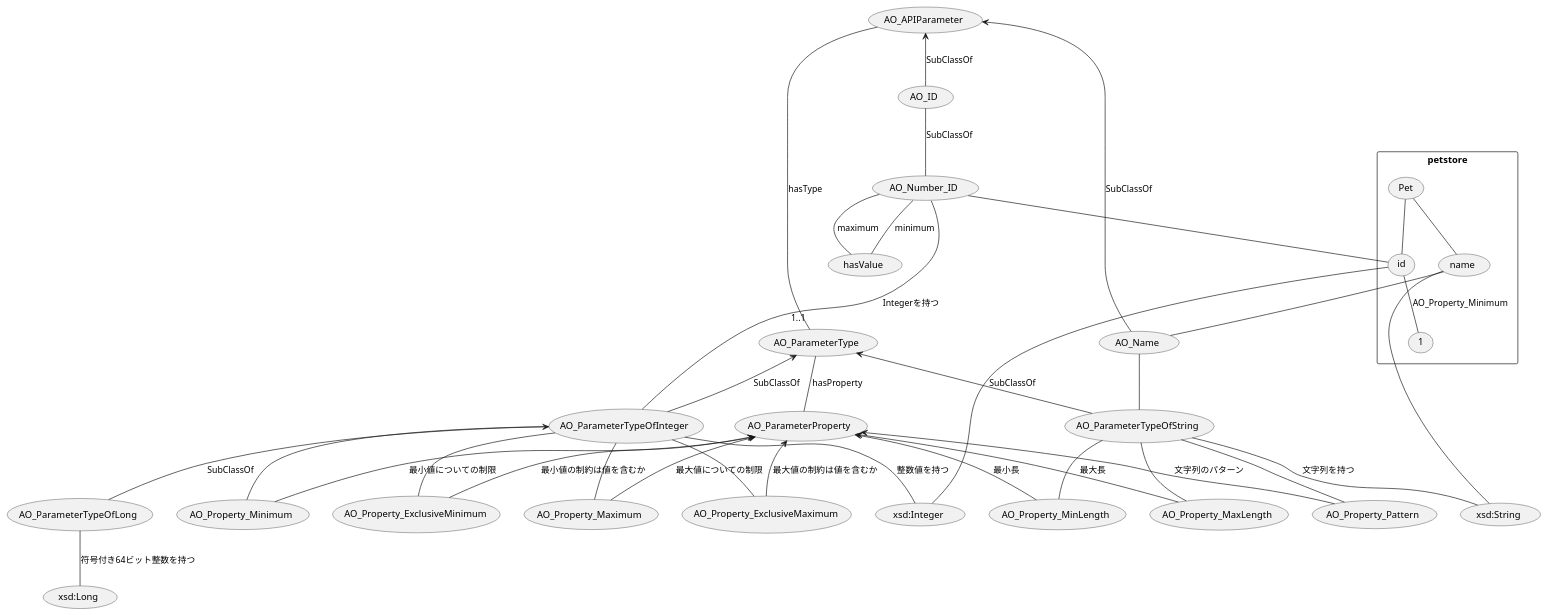
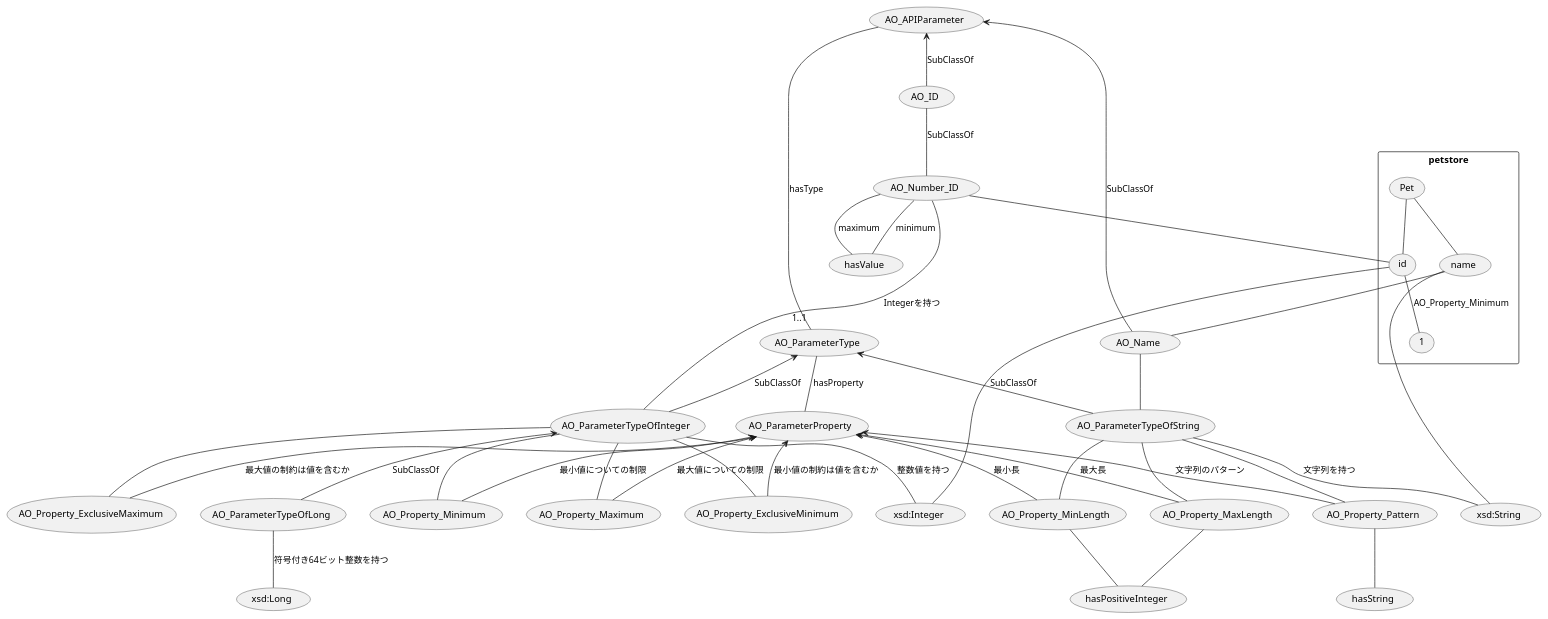
One commit to beli68/ontologies changed the diagram in sandbox/petstore.puml. Above: the diagram before and after it, drawn with PlantUML. The commit also changed 1 other file, not shown here.

```diff
--- a/sandbox/petstore.puml
+++ b/sandbox/petstore.puml
@@ -1,129 +1,133 @@
 @startuml Petstore API
 (AO_APIParameter) as AO_APIParameter
 (AO_ParameterType) as AO_ParameterType
 (AO_ParameterProperty) as AO_ParameterProperty
 
 
 ' パラメータの型について
 AO_APIParameter -- "1..1" (AO_ParameterType) : hasType
 (AO_ParameterType) <-- (AO_ParameterTypeOfInteger) : SubClassOf
 (AO_ParameterTypeOfInteger) -- (xsd:Integer) : 整数値を持つ
 (AO_ParameterTypeOfInteger) <-- (AO_ParameterTypeOfLong) : SubClassOf
 (AO_ParameterTypeOfLong) -- (xsd:Long) : 符号付き64ビット整数を持つ
 (AO_ParameterType) <-- (AO_ParameterTypeOfString) : SubClassOf
 (AO_ParameterTypeOfString) -- (xsd:String) : 文字列を持つ
 
 ' パラメータが持つ制約
 
 AO_ParameterType -- AO_ParameterProperty : hasProperty
 AO_ParameterProperty <-- (AO_Property_Maximum): 最大値についての制限
 AO_ParameterProperty <-- (AO_Property_Minimum): 最小値についての制限
 AO_ParameterProperty <-- (AO_Property_ExclusiveMaximum): 最大値の制約は値を含むか
 AO_ParameterProperty <-- (AO_Property_ExclusiveMinimum): 最小値の制約は値を含むか
 AO_ParameterProperty <-- (AO_Property_MaxLength) : 最大長
 AO_ParameterProperty <-- (AO_Property_MinLength) : 最小長
 AO_ParameterProperty <-- (AO_Property_Pattern) : 文字列のパターン
 
 (AO_ParameterTypeOfInteger) -- (AO_Property_Maximum)
 (AO_ParameterTypeOfInteger) -- (AO_Property_Minimum)
 (AO_ParameterTypeOfInteger) -- (AO_Property_ExclusiveMaximum)
 (AO_ParameterTypeOfInteger) -- (AO_Property_ExclusiveMinimum)
 
 (AO_ParameterTypeOfString) -- (AO_Property_Pattern)
 (AO_ParameterTypeOfString) -- (AO_Property_MaxLength)
 (AO_ParameterTypeOfString) -- (AO_Property_MinLength)
 
+(AO_Property_MaxLength) -- (hasPositiveInteger)
+(AO_Property_MinLength) -- (hasPositiveInteger)
+(AO_Property_Pattern) -- (hasString)
 
 
 (AO_ID) as AO_ID
 AO_APIParameter <-- (AO_ID) : SubClassOf
 
 (AO_Number_ID) as AO_Number_ID
 (AO_ID) -- (AO_Number_ID) : SubClassOf
 (AO_Number_ID) -- (AO_ParameterTypeOfInteger) : Integerを持つ
 (AO_Number_ID) -- (hasValue) : minimum
 (AO_Number_ID) -- (hasValue) : maximum
 
 (AO_Name) as AO_Name
 AO_APIParameter <-- AO_Name : SubClassOf
 AO_Name -- AO_ParameterTypeOfString
+
 
 ' AO_Name <-- (AO_JP_Name) : SubClassOf
 
 ' (AO_Category) as AO_Category
 ' AO_APIParameter <-- AO_Category : SubClassOf
 
 ' (AO_URL) as AO_URL
 ' AO_APIParameter <-- AO_URL : SubClassOf
 
 ' (AO_Tag) as AO_Tag
 ' AO_APIParameter <-- AO_Tag : SubClassOf
 
 ' (AO_Status) as AO_Status
 ' AO_APIParameter <-- AO_Status : SubClassOf
 
 ' (AO_StatusName) as AO_StatusName
 ' AO_APIParameter <-- AO_StatusName : SubClassOf
 
 ' (AO_StatusNumber) as AO_StatusNumber
 ' AO_APIParameter <-- AO_StatusNumber : SubClassOf
 
 ' (AO_EmailAddress) as AO_EmailAddress
 ' AO_APIParameter <-- AO_EmailAddress : SubClassOf
 
 ' (AO_Password) as AO_Password
 ' AO_APIParameter <-- AO_Password : SubClassOf
 
 ' (AO_PhoneNumber) as AO_PhoneNumber
 ' AO_APIParameter <-- AO_PhoneNumber : SubClassOf
 
 ' (AO_StateNumber) as AO_StateNumber
 ' AO_APIParameter <-- AO_StateNumber : SubClassOf
 
 ' (AO_Quantity) as AO_Quantity
 ' AO_APIParameter <-- AO_Quantity : SubClassOf
 
 ' (AO_Choices) as AO_Choices
 ' AO_APIParameter <-- AO_Choices : SubClassOf
 
 ' (AO_DateTime) as AO_DateTime
 ' AO_APIParameter <-- AO_DateTime : SubClassOf
 
 ' (AO_Street) as AO_Street
 ' AO_APIParameter <-- AO_Street : SubClassOf
 
 ' (AO_City) as AO_City
 ' AO_APIParameter <-- AO_City : SubClassOf
 
 ' (AO_State) as AO_State
 ' AO_APIParameter <-- AO_State : SubClassOf
 
 ' (AO_ZipCode) as AO_ZipCode
 ' AO_APIParameter <-- AO_ZipCode : SubClassOf
 
 ' (AO_HttpStatusCode) as AO_HttpStatusCode
 ' AO_APIParameter <-- AO_HttpStatusCode : SubClassOf
 
 ' (AO_responseType) as AO_responseType
 ' AO_APIParameter <-- AO_responseType : SubClassOf
 
 ' (AO_Message) as AO_Message
 ' AO_APIParameter <-- AO_Message : SubClassOf
 
 ' (AO_hasType) as AO_hasType
 ' AO_APIParameter <-- AO_hasType : SubClassOf
 
 
 rectangle petstore{
     (id) as PetId
     (Pet) -- PetId
     (name) as PetName
     (Pet) -- PetName
     AO_Number_ID -- PetId
     PetId -- (xsd:Integer)
     PetId -- (1) : AO_Property_Minimum
     PetName -- (xsd:String)
     PetName -- AO_Name
 }
 
 @enduml
```
